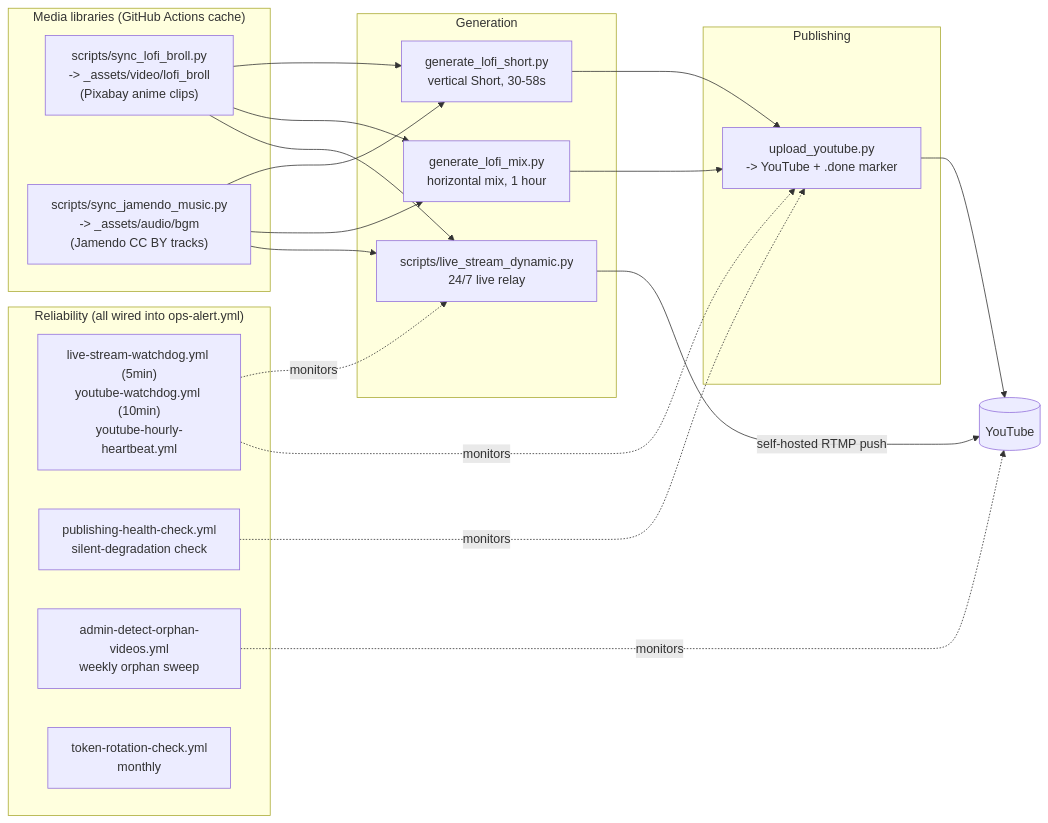
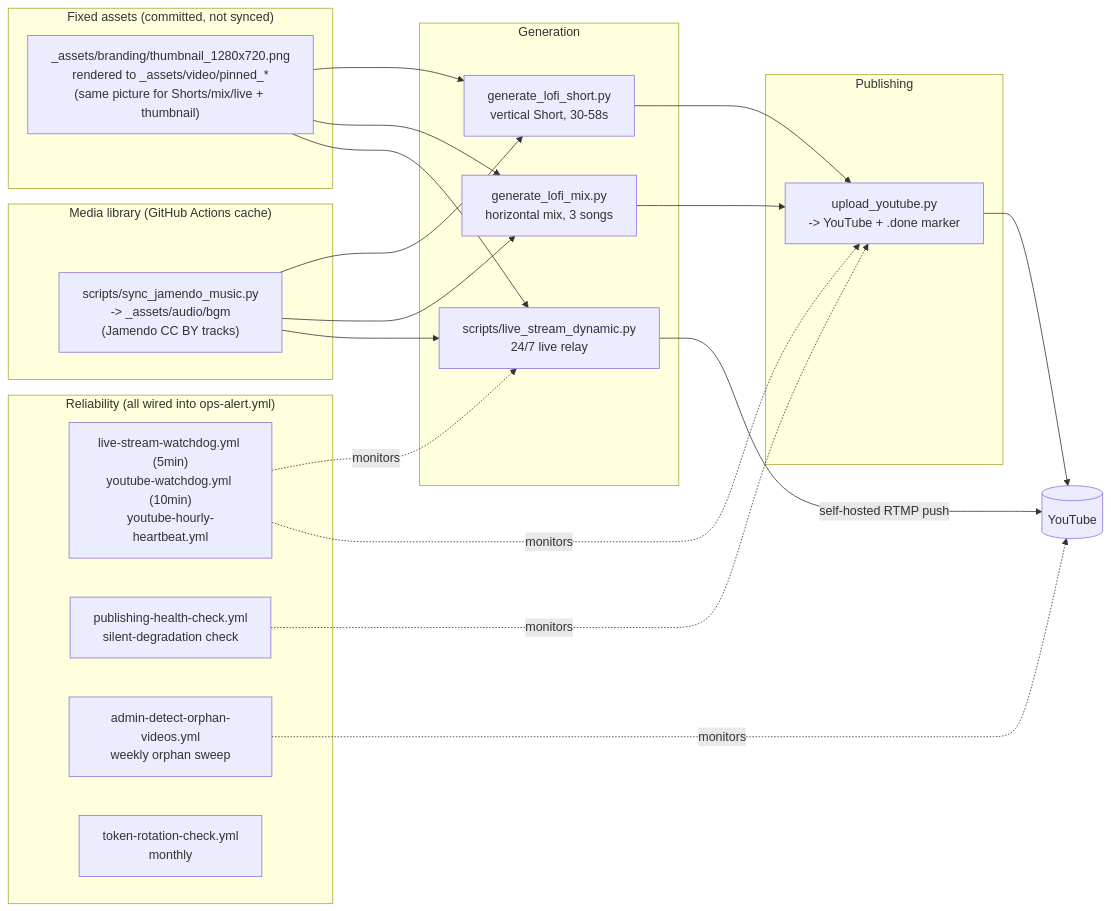
Before and after one commit to non-s/non-s.github.io: the diagram in README.md, drawn with Mermaid. The commit also changed other lines of this file and 16 other files, not shown here.

````diff
--- a/README.md
+++ b/README.md
@@ -46,39 +49,42 @@
 ```mermaid
 flowchart LR
-    subgraph Sync["Media libraries (GitHub Actions cache)"]
-        broll["scripts/sync_lofi_broll.py<br/>-> _assets/video/lofi_broll<br/>(Pixabay anime clips)"]
+    subgraph Fixed["Fixed assets (committed, not synced)"]
+        brand["_assets/branding/thumbnail_1280x720.png<br/>rendered to _assets/video/pinned_*<br/>(same picture for Shorts/mix/live + thumbnail)"]
+    end
+
+    subgraph Sync["Media library (GitHub Actions cache)"]
         bgm["scripts/sync_jamendo_music.py<br/>-> _assets/audio/bgm<br/>(Jamendo CC BY tracks)"]
     end
 
     subgraph Generate["Generation"]
         short["generate_lofi_short.py<br/>vertical Short, 30-58s"]
-        mix["generate_lofi_mix.py<br/>horizontal mix, 1 hour"]
+        mix["generate_lofi_mix.py<br/>horizontal mix, 3 songs"]
         live["scripts/live_stream_dynamic.py<br/>24/7 live relay"]
     end
 
     subgraph Publish["Publishing"]
         upload["upload_youtube.py<br/>-> YouTube + .done marker"]
     end
 
     subgraph Reliability["Reliability (all wired into ops-alert.yml)"]
         watchdogs["live-stream-watchdog.yml (5min)<br/>youtube-watchdog.yml (10min)<br/>youtube-hourly-heartbeat.yml"]
         health["publishing-health-check.yml<br/>silent-degradation check"]
         orphans["admin-detect-orphan-videos.yml<br/>weekly orphan sweep"]
         rotation["token-rotation-check.yml<br/>monthly"]
     end
 
-    broll --> short
+    brand --> short
     bgm --> short
-    broll --> mix
+    brand --> mix
     bgm --> mix
-    broll --> live
+    brand --> live
     bgm --> live
     short --> upload
     mix --> upload
     live -->|self-hosted RTMP push| YouTube[(YouTube)]
     upload --> YouTube
     watchdogs -.monitors.-> live
     watchdogs -.monitors.-> upload
     health -.monitors.-> upload
     orphans -.monitors.-> YouTube
 ```
````
